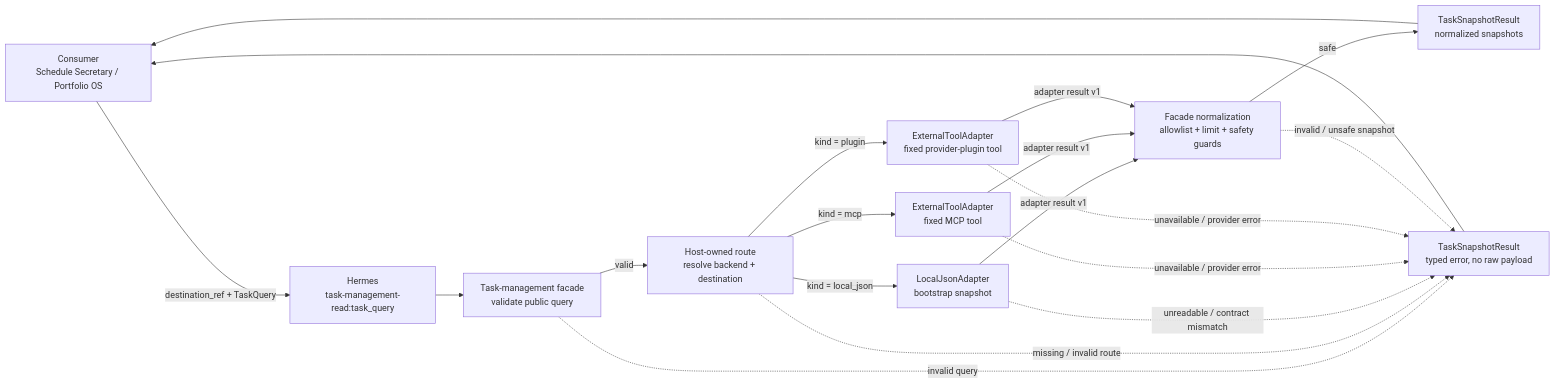
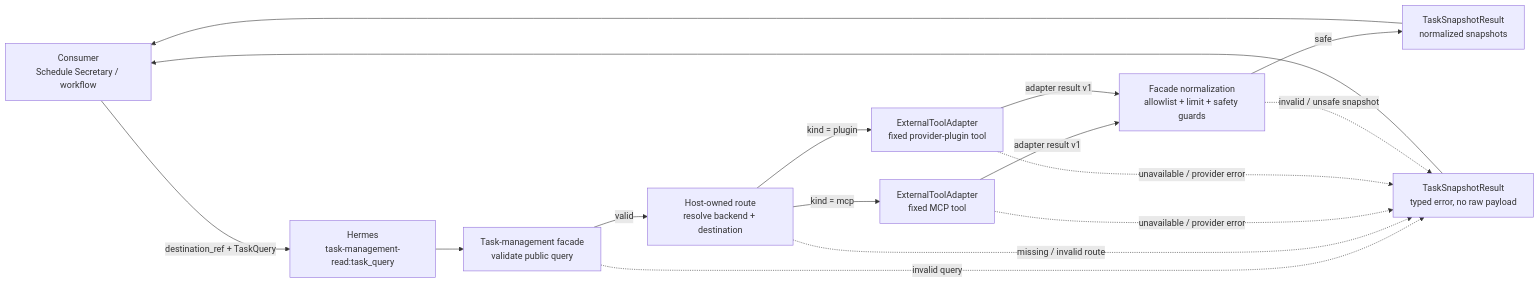
Before and after one commit to omitsuhashi/skills: the first of 4 diagrams in plugins/task-management/skills/task-management/references/routing-flow.md, drawn with Mermaid. The commit also changed other lines of this file and 8 other files, not shown here.

````diff
--- a/plugins/task-management/skills/task-management/references/routing-flow.md
+++ b/plugins/task-management/skills/task-management/references/routing-flow.md
@@ -9,32 +9,28 @@
 ```mermaid
 flowchart LR
-    caller["Consumer<br/>Schedule Secretary / Portfolio OS"]
+    caller["Consumer<br/>Schedule Secretary / workflow"]
     hermes["Hermes<br/>task-management-read:task_query"]
     facade["Task-management facade<br/>validate public query"]
     route["Host-owned route<br/>resolve backend + destination"]
-    local["LocalJsonAdapter<br/>bootstrap snapshot"]
     mcp["ExternalToolAdapter<br/>fixed MCP tool"]
     plugin["ExternalToolAdapter<br/>fixed provider-plugin tool"]
     normalize["Facade normalization<br/>allowlist + limit + safety guards"]
     success["TaskSnapshotResult<br/>normalized snapshots"]
     failure["TaskSnapshotResult<br/>typed error, no raw payload"]
 
     caller -->|"destination_ref + TaskQuery"| hermes
     hermes --> facade
     facade -->|"valid"| route
     facade -.->|"invalid query"| failure
-    route -->|"kind = local_json"| local
     route -->|"kind = mcp"| mcp
     route -->|"kind = plugin"| plugin
     route -.->|"missing / invalid route"| failure
-    local -->|"adapter result v1"| normalize
     mcp -->|"adapter result v1"| normalize
     plugin -->|"adapter result v1"| normalize
-    local -.->|"unreadable / contract mismatch"| failure
     mcp -.->|"unavailable / provider error"| failure
     plugin -.->|"unavailable / provider error"| failure
     normalize -->|"safe"| success
     normalize -.->|"invalid / unsafe snapshot"| failure
     success --> caller
     failure --> caller
 ```
````
